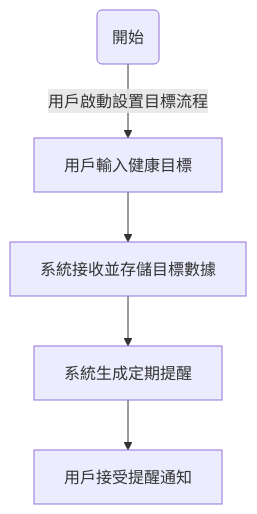
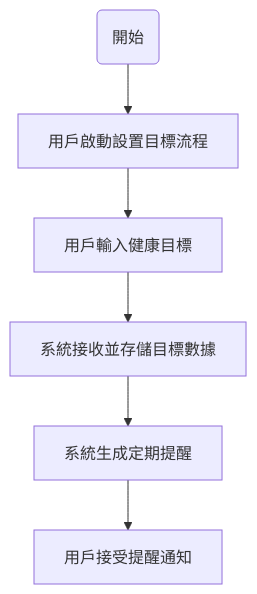
Before and after one commit to Xz-369/113_CourseTopics: the first of 2 diagrams in hw5.md, drawn with Mermaid. The commit also changed other lines of this file, not shown here.

````diff
--- a/hw5.md
+++ b/hw5.md
@@ -6,7 +6,8 @@
 ```mermaid
 graph TD
-    A(開始) -->|用戶啟動設置目標流程| B[用戶輸入健康目標]
-    B --> C[系統接收並存儲目標數據]
-    C --> D[系統生成定期提醒]
-    D --> E[用戶接受提醒通知]
+    A(開始) --> B[用戶啟動設置目標流程]
+    B --> C[用戶輸入健康目標]
+    C --> D[系統接收並存儲目標數據]
+    D --> E[系統生成定期提醒]
+    E -->F[用戶接受提醒通知]
 ```
````
